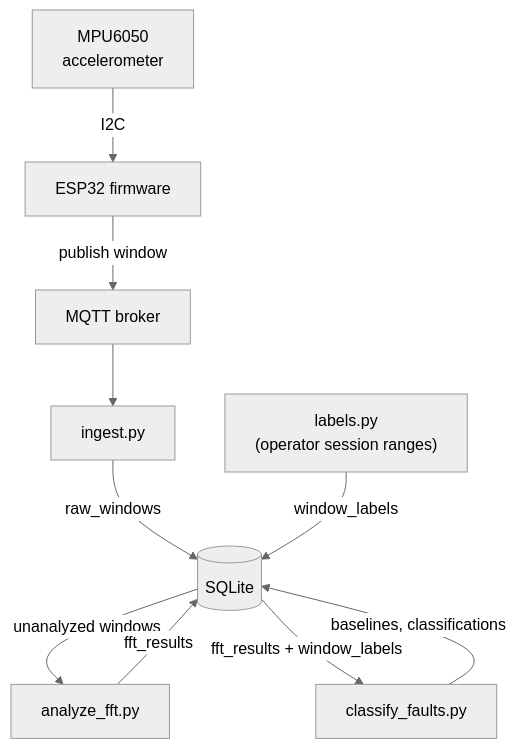
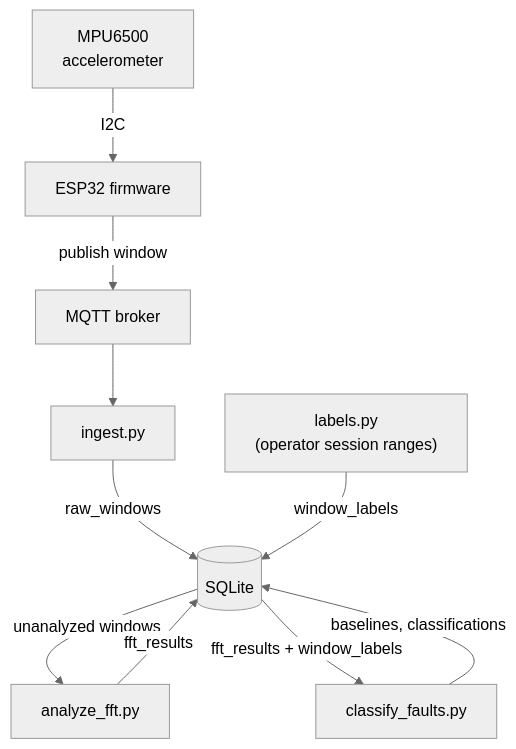
Before and after one commit to tyroneous9/Conveyor-Monitor: the diagram in README.md, drawn with Mermaid (neutral theme). The commit also changed other lines of this file and 7 other files, not shown here.

````diff
--- a/README.md
+++ b/README.md
@@ -19,12 +19,12 @@
 ```mermaid
 flowchart TD
-    MPU["MPU6050<br/>accelerometer"] -->|I2C| ESP["ESP32 firmware"]
+    MPU["MPU6500<br/>accelerometer"] -->|I2C| ESP["ESP32 firmware"]
     ESP -->|"publish window"| Broker["MQTT broker"]
     Broker --> Ingest["ingest.py"]
     Ingest -->|raw_windows| DB[("SQLite")]
     DB -->|unanalyzed windows| Analyze["analyze_fft.py"]
     Analyze -->|fft_results| DB
     Labels["labels.py<br/>(operator session ranges)"] -->|window_labels| DB
     DB -->|fft_results + window_labels| Classify["classify_faults.py"]
     Classify -->|baselines, classifications| DB
 ```
````
